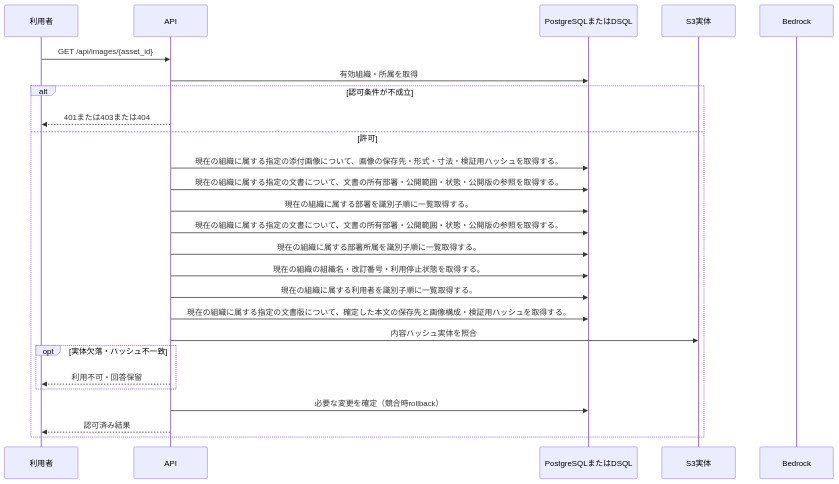
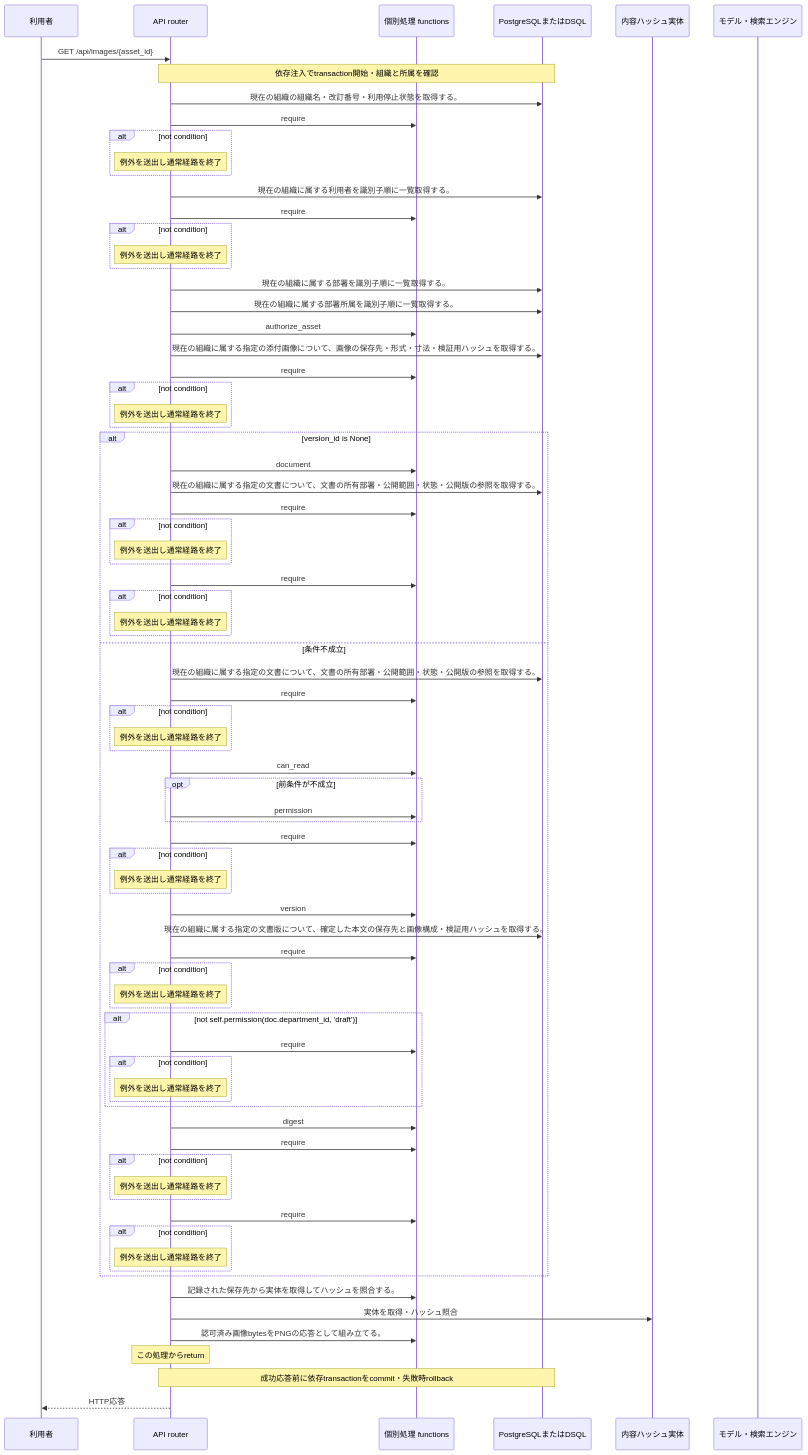
Before and after one commit to tsuji-tomonori/KotoRelay: the diagram in docs/design/generated/api/images/get_image/sequence.md, drawn with Mermaid. The commit also changed other lines of this file and 424 other files, not shown here.

````diff
--- a/docs/design/generated/api/images/get_image/sequence.md
+++ b/docs/design/generated/api/images/get_image/sequence.md
@@ -7,28 +7,82 @@
 ```mermaid
 sequenceDiagram
     participant U as 利用者
-    participant A as API
+    participant A as API router
+    participant F as 個別処理 functions
     participant D as PostgreSQLまたはDSQL
-    participant S as S3実体
-    participant M as Bedrock
+    participant S as 内容ハッシュ実体
+    participant M as モデル・検索エンジン
     U->>A: GET /api/images/{asset_id}
-    A->>D: 有効組織・所属を取得
-    alt 認可条件が不成立
-        A-->>U: 401または403または404
-    else 許可
-        A->>D: 現在の組織に属する指定の添付画像について、画像の保存先・形式・寸法・検証用ハッシュを取得する。
-        A->>D: 現在の組織に属する指定の文書について、文書の所有部署・公開範囲・状態・公開版の参照を取得する。
-        A->>D: 現在の組織に属する部署を識別子順に一覧取得する。
-        A->>D: 現在の組織に属する指定の文書について、文書の所有部署・公開範囲・状態・公開版の参照を取得する。
-        A->>D: 現在の組織に属する部署所属を識別子順に一覧取得する。
-        A->>D: 現在の組織の組織名・改訂番号・利用停止状態を取得する。
-        A->>D: 現在の組織に属する利用者を識別子順に一覧取得する。
-        A->>D: 現在の組織に属する指定の文書版について、確定した本文の保存先と画像構成・検証用ハッシュを取得する。
-        A->>S: 内容ハッシュ実体を照合
-        opt 実体欠落・ハッシュ不一致
-            A-->>U: 利用不可・回答保留
-        end
-        A->>D: 必要な変更を確定（競合時rollback）
-        A-->>U: 認可済み結果
+    Note over A,D: 依存注入でtransaction開始・組織と所属を確認
+    A->>D: 現在の組織の組織名・改訂番号・利用停止状態を取得する。
+    A->>F: require
+    alt not condition
+    Note over A: 例外を送出し通常経路を終了
     end
+    A->>D: 現在の組織に属する利用者を識別子順に一覧取得する。
+    A->>F: require
+    alt not condition
+    Note over A: 例外を送出し通常経路を終了
+    end
+    A->>D: 現在の組織に属する部署を識別子順に一覧取得する。
+    A->>D: 現在の組織に属する部署所属を識別子順に一覧取得する。
+    A->>F: authorize_asset
+    A->>D: 現在の組織に属する指定の添付画像について、画像の保存先・形式・寸法・検証用ハッシュを取得する。
+    A->>F: require
+    alt not condition
+    Note over A: 例外を送出し通常経路を終了
+    end
+    alt version_id is None
+    A->>F: document
+    A->>D: 現在の組織に属する指定の文書について、文書の所有部署・公開範囲・状態・公開版の参照を取得する。
+    A->>F: require
+    alt not condition
+    Note over A: 例外を送出し通常経路を終了
+    end
+    A->>F: require
+    alt not condition
+    Note over A: 例外を送出し通常経路を終了
+    end
+    else 条件不成立
+    A->>D: 現在の組織に属する指定の文書について、文書の所有部署・公開範囲・状態・公開版の参照を取得する。
+    A->>F: require
+    alt not condition
+    Note over A: 例外を送出し通常経路を終了
+    end
+    A->>F: can_read
+    opt 前条件が不成立
+    A->>F: permission
+    end
+    A->>F: require
+    alt not condition
+    Note over A: 例外を送出し通常経路を終了
+    end
+    A->>F: version
+    A->>D: 現在の組織に属する指定の文書版について、確定した本文の保存先と画像構成・検証用ハッシュを取得する。
+    A->>F: require
+    alt not condition
+    Note over A: 例外を送出し通常経路を終了
+    end
+    alt not self.permission(doc.department_id, 'draft')
+    A->>F: require
+    alt not condition
+    Note over A: 例外を送出し通常経路を終了
+    end
+    end
+    A->>F: digest
+    A->>F: require
+    alt not condition
+    Note over A: 例外を送出し通常経路を終了
+    end
+    A->>F: require
+    alt not condition
+    Note over A: 例外を送出し通常経路を終了
+    end
+    end
+    A->>F: 記録された保存先から実体を取得してハッシュを照合する。
+    A->>S: 実体を取得・ハッシュ照合
+    A->>F: 認可済み画像bytesをPNGの応答として組み立てる。
+    Note over A: この処理からreturn
+    Note over A,D: 成功応答前に依存transactionをcommit・失敗時rollback
+    A-->>U: HTTP応答
 ```
````
